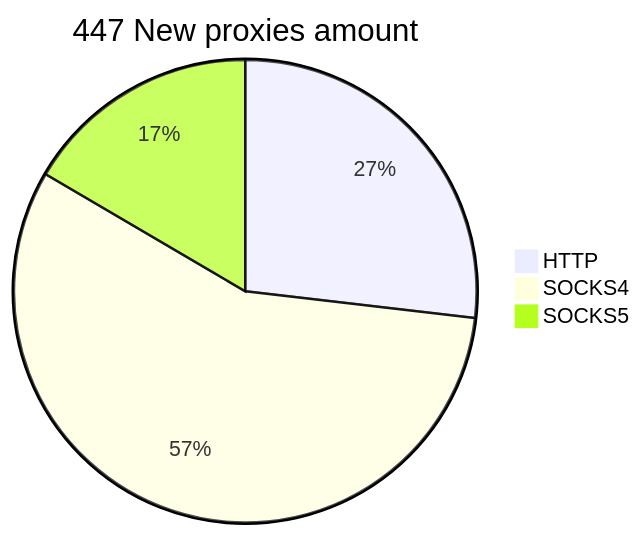
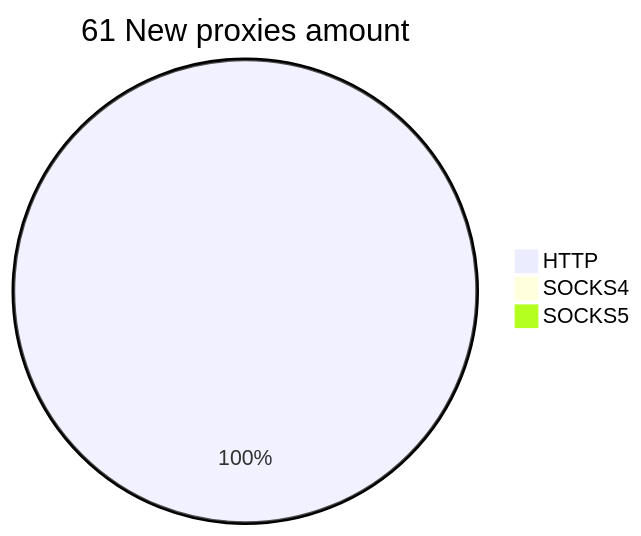
The second of 2 diagrams in README.md (cutipu/proxylist), drawn with Mermaid before and after one commit. The commit also changed other lines of this file, not shown here.

````diff
--- a/README.md
+++ b/README.md
@@ -10,6 +10,6 @@
 ```mermaid
-pie title 447 New proxies amount
-    "HTTP" : 120
-    "SOCKS4" : 253
-    "SOCKS5" : 74
+pie title 61 New proxies amount
+    "HTTP" : 78
+    "SOCKS4" : 0
+    "SOCKS5" : 0
 ```
````
